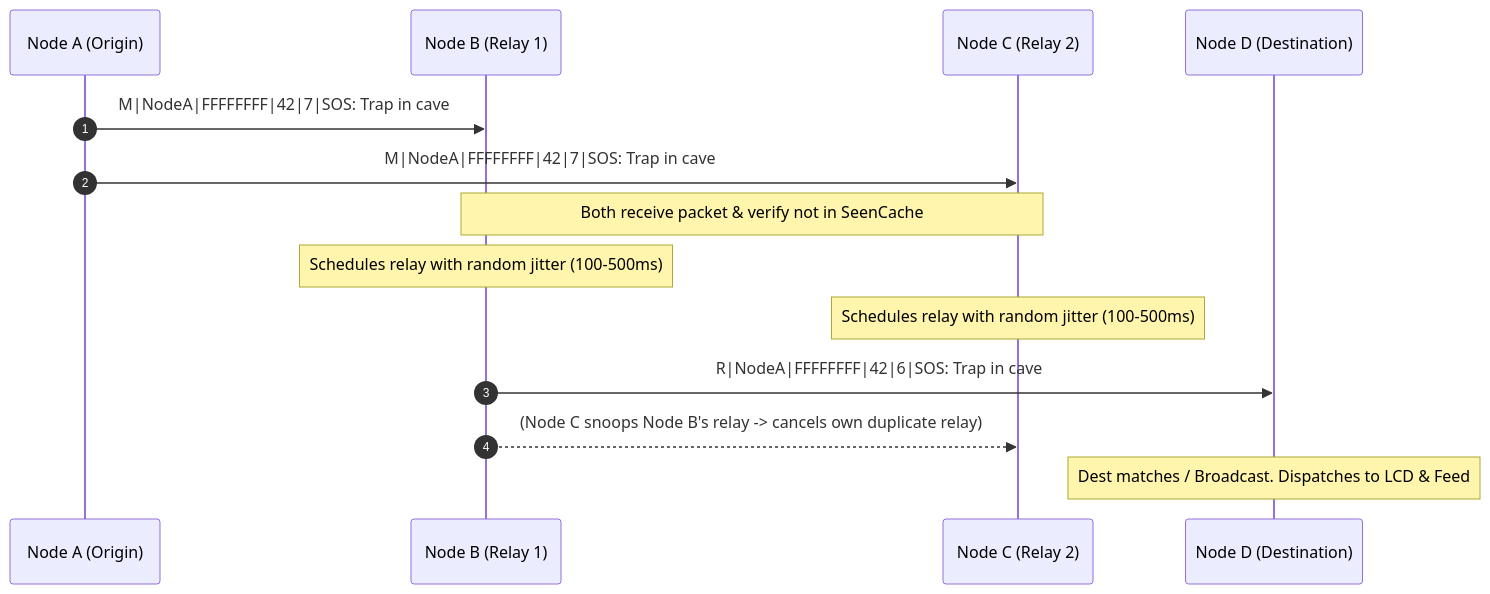
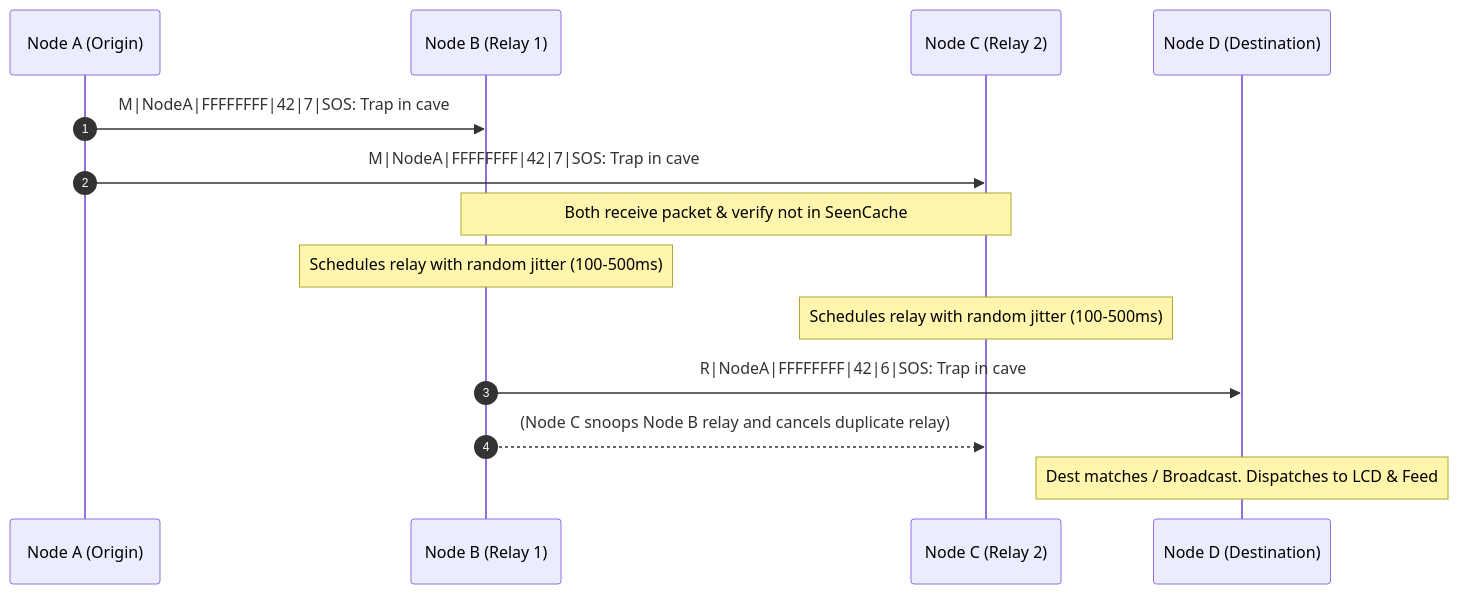
Before and after one commit to matt2jog/PipSurvivor: the second of 3 diagrams in README.md, drawn with Mermaid. The commit also changed other lines of this file, not shown here.

Commit message:
fix(docs): resolve GitHub Mermaid diagram rendering error

````diff
--- a/README.md
+++ b/README.md
@@ -174,17 +192,17 @@
 ```mermaid
 sequenceDiagram
     autonumber
     participant NodeA as Node A (Origin)
     participant NodeB as Node B (Relay 1)
     participant NodeC as Node C (Relay 2)
     participant NodeD as Node D (Destination)
 
     NodeA->>NodeB: M|NodeA|FFFFFFFF|42|7|SOS: Trap in cave
     NodeA->>NodeC: M|NodeA|FFFFFFFF|42|7|SOS: Trap in cave
     Note over NodeB,NodeC: Both receive packet & verify not in SeenCache
     Note over NodeB: Schedules relay with random jitter (100-500ms)
     Note over NodeC: Schedules relay with random jitter (100-500ms)
     NodeB->>NodeD: R|NodeA|FFFFFFFF|42|6|SOS: Trap in cave
-    NodeB-->>NodeC: (Node C snoops Node B's relay -> cancels own duplicate relay)
+    NodeB-->>NodeC: (Node C snoops Node B relay and cancels duplicate relay)
     Note over NodeD: Dest matches / Broadcast. Dispatches to LCD & Feed
 ```
````
